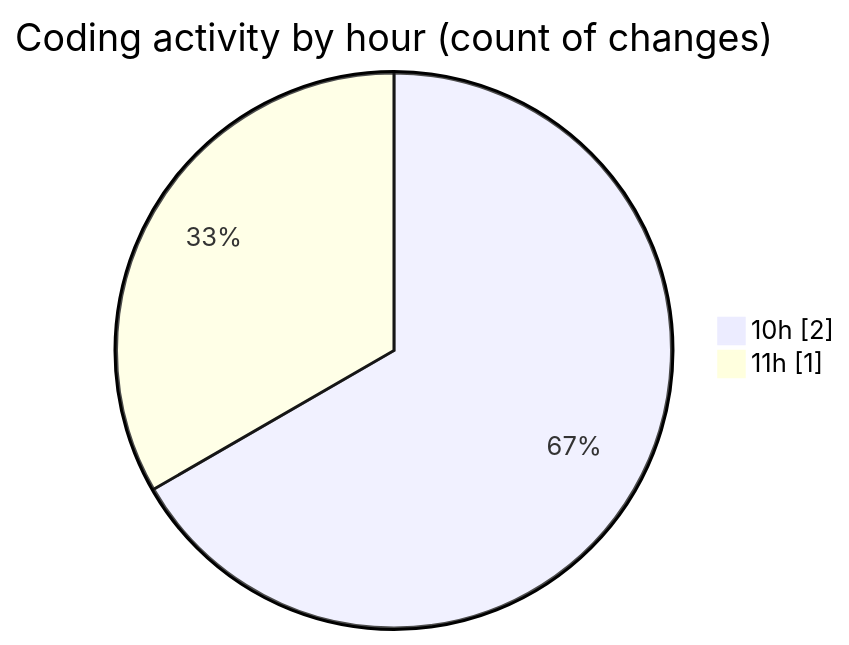
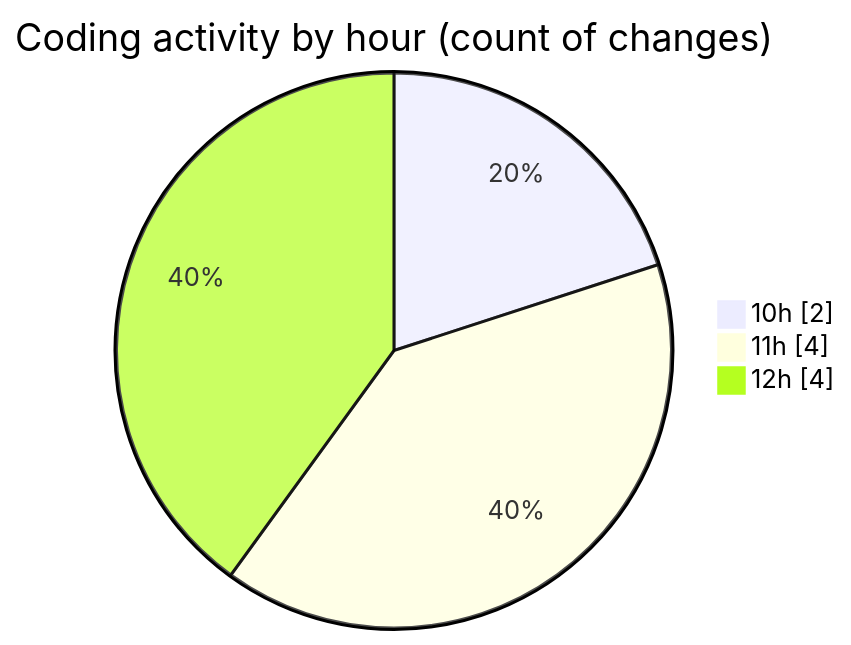
The second of 2 diagrams in 2026-09-01/cilapp/README.md (ricardozamudiocil/code-tracking), drawn with Mermaid before and after one commit. The commit also changed other lines of this file and 1 other file, not shown here.

````diff
--- a/2026-09-01/cilapp/README.md
+++ b/2026-09-01/cilapp/README.md
@@ -29,6 +31,7 @@
 ```mermaid
 pie showData
 title Coding activity by hour (count of changes)
 "10h" : 2
-"11h" : 1
+"11h" : 4
+"12h" : 4
 ```
````
